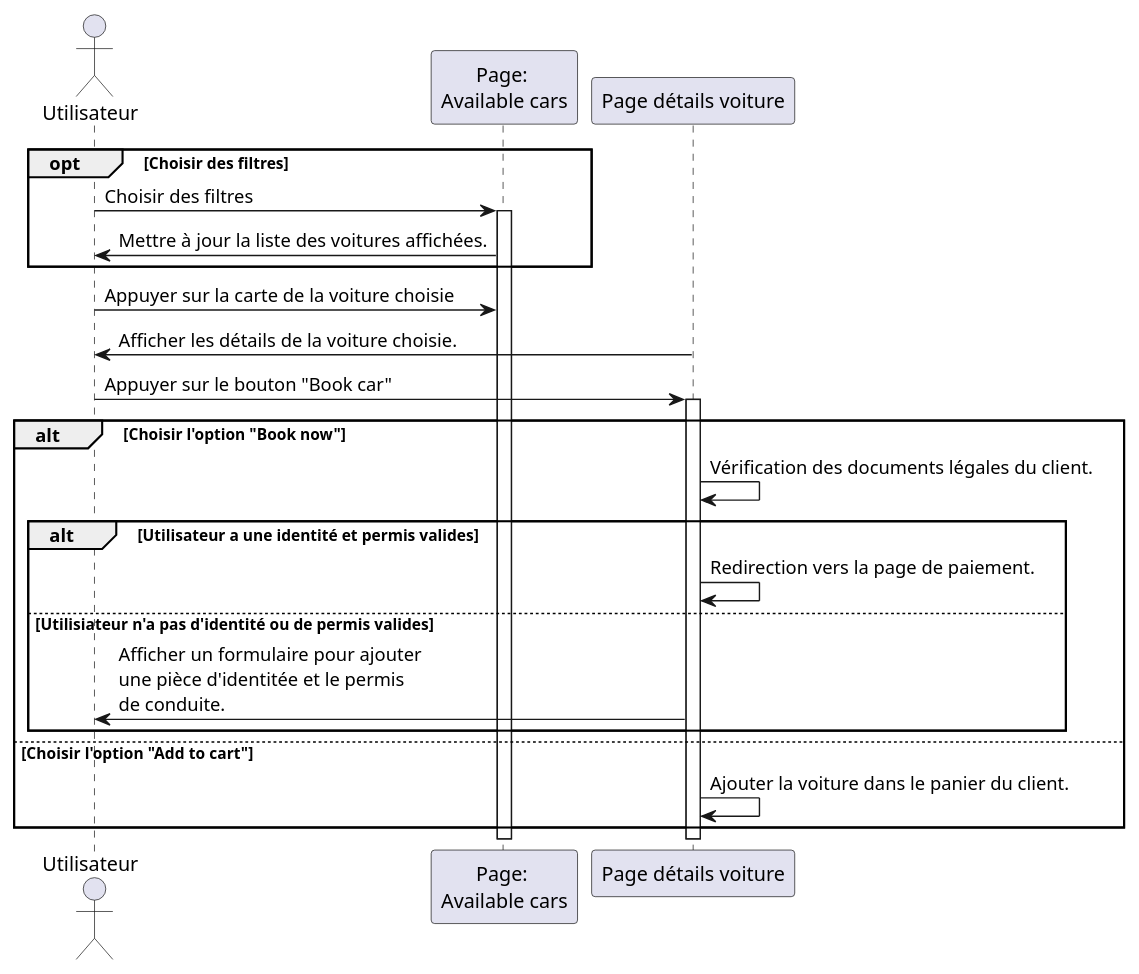
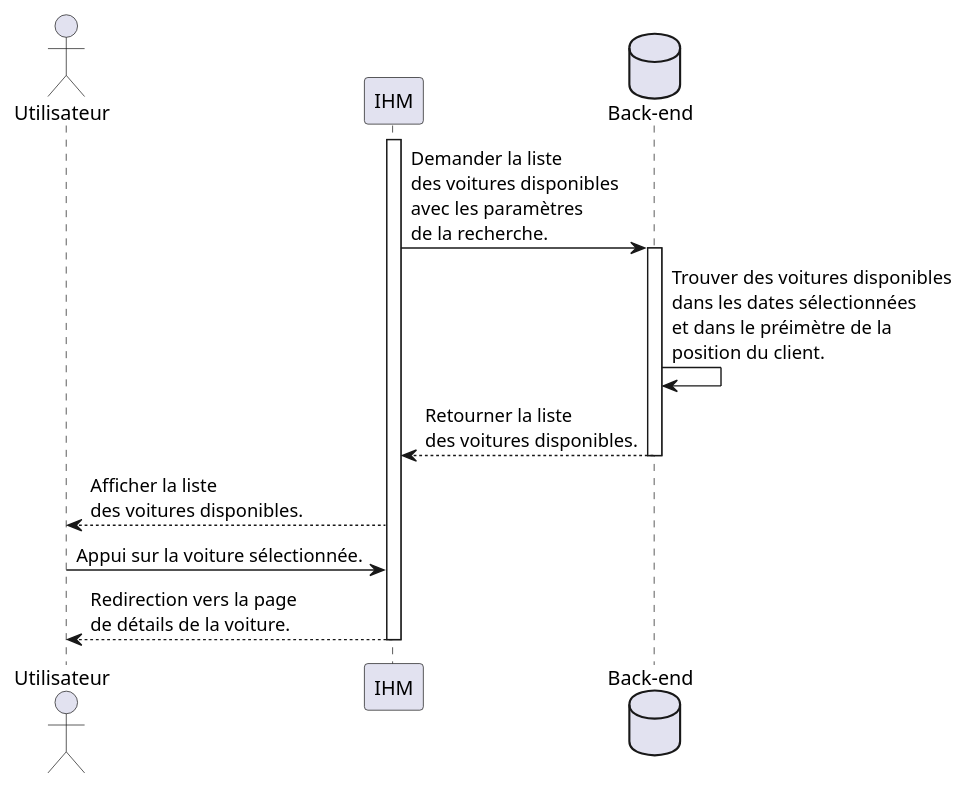
One commit to AlaaAbdelbaki/rapportPFE changed the fourth of 10 diagrams in images/uml/diag.puml. Above: the diagram before and after it, drawn with PlantUML. The commit also changed other lines of this file and 16 other files, not shown here.

```diff
--- a/images/uml/diag.puml
+++ b/images/uml/diag.puml
@@ -98,22 +98,17 @@
 @startuml choisir voiture
 
-Actor Utilisateur as Utilisateur
+actor Utilisateur as user
+participant IHM as ihm
+database "Back-end" as backend
 
-opt Choisir des filtres
-Utilisateur -> "Page: \nAvailable cars" ++: Choisir des filtres
-"Page: \nAvailable cars" -> Utilisateur : Mettre à jour la liste des voitures affichées.
-end
-Utilisateur -> "Page: \nAvailable cars" : Appuyer sur la carte de la voiture choisie
-"Page détails voiture" -> Utilisateur : Afficher les détails de la voiture choisie.
-Utilisateur -> "Page détails voiture" ++: Appuyer sur le bouton "Book car"  
-alt Choisir l'option "Book now"
-"Page détails voiture" -> "Page détails voiture" : Vérification des documents légales du client.
-alt Utilisateur a une identité et permis valides
-"Page détails voiture" -> "Page détails voiture" : Redirection vers la page de paiement.
-else Utilisiateur n'a pas d'identité ou de permis valides
-"Page détails voiture" -> Utilisateur : Afficher un formulaire pour ajouter \nune pièce d'identitée et le permis\nde conduite.
-end
-else Choisir l'option "Add to cart"
-"Page détails voiture" -> "Page détails voiture" : Ajouter la voiture dans le panier du client.
-end
+activate ihm
+
+ihm -> backend ++: Demander la liste\ndes voitures disponibles\navec les paramètres\nde la recherche.
+backend -> backend : Trouver des voitures disponibles\ndans les dates sélectionnées\net dans le préimètre de la\nposition du client.
+backend --> ihm --: Retourner la liste\ndes voitures disponibles.
+ihm --> user : Afficher la liste\ndes voitures disponibles.
+user -> ihm : Appui sur la voiture sélectionnée.
+ihm --> user : Redirection vers la page\nde détails de la voiture.
+deactivate ihm
+
 @enduml
```
